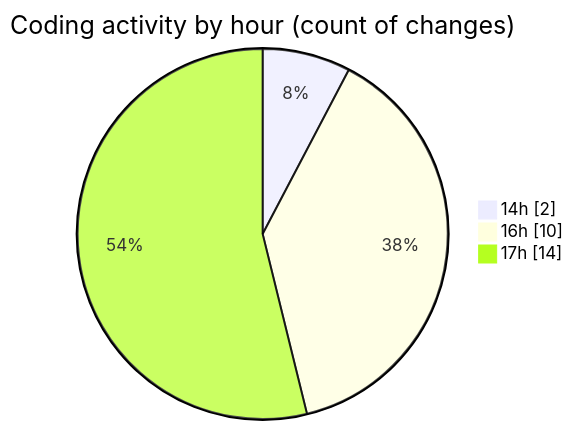
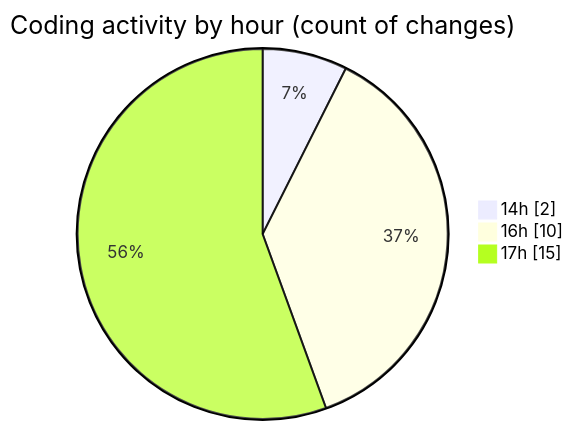
The second of 2 diagrams in 2025-06-18/scopesketch-app/README.md (Ritupan-Deka/code-tracking), drawn with Mermaid before and after one commit. The commit also changed other lines of this file and 1 other file, not shown here.

````diff
--- a/2025-06-18/scopesketch-app/README.md
+++ b/2025-06-18/scopesketch-app/README.md
@@ -41,7 +41,7 @@
 ```mermaid
 pie showData
 title Coding activity by hour (count of changes)
 "14h" : 2
 "16h" : 10
-"17h" : 14
+"17h" : 15
 ```
````
